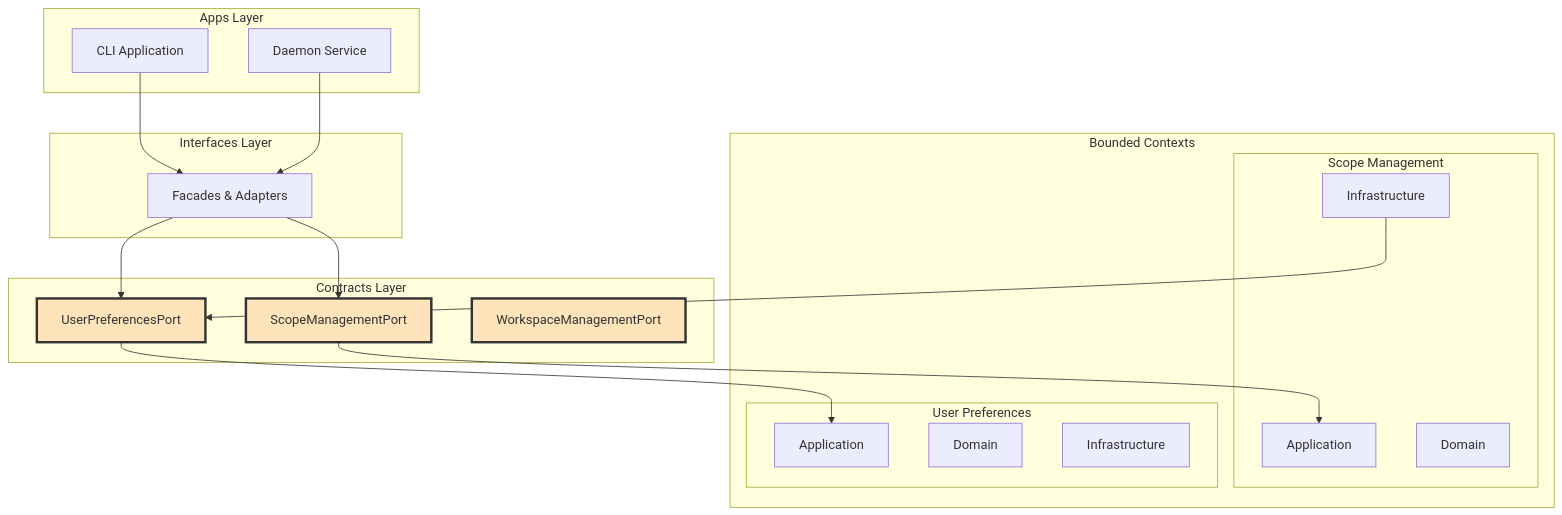
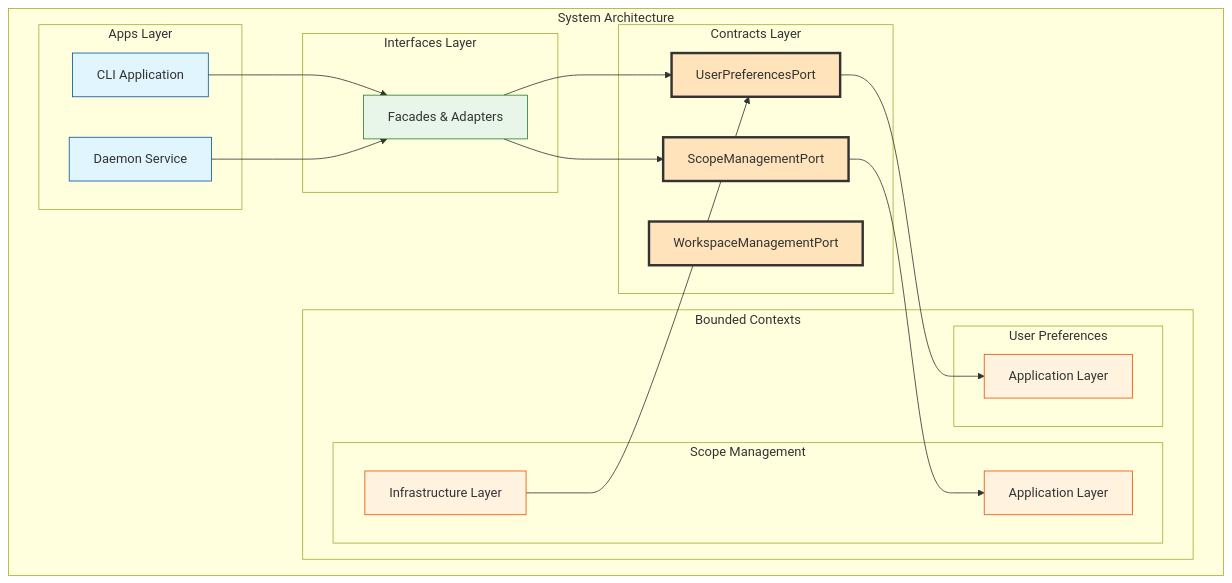
One commit to kamiazya/scopes changed the second of 10 diagrams in docs/explanation/contracts.md. Above: the diagram before and after it, drawn with Mermaid. The commit also changed other lines of this file and 2 other files, not shown here.

````diff
--- a/docs/explanation/contracts.md
+++ b/docs/explanation/contracts.md
@@ -19,45 +49,51 @@
 ```mermaid
 graph TB
-    subgraph "Apps Layer"
-        CLI[CLI Application]
-        DAEMON[Daemon Service]
-    end
-    
-    subgraph "Interfaces Layer"
-        FACADE[Facades & Adapters]
-    end
-    
-    subgraph "Contracts Layer"
-        SMP[ScopeManagementPort]
-        UPP[UserPreferencesPort]
-        WMP[WorkspaceManagementPort]
-    end
-    
-    subgraph "Bounded Contexts"
-        subgraph "Scope Management"
-            SM_APP[Application]
-            SM_DOM[Domain]
-            SM_INFRA[Infrastructure]
+    subgraph "System Architecture"
+        subgraph "Apps Layer"
+            CLI[CLI Application]
+            DAEMON[Daemon Service]
         end
-        
-        subgraph "User Preferences"
-            UP_APP[Application]
-            UP_DOM[Domain]
-            UP_INFRA[Infrastructure]
+
+        subgraph "Interfaces Layer"
+            FACADE[Facades & Adapters]
+        end
+
+        subgraph "Contracts Layer"
+            SMP[ScopeManagementPort]
+            UPP[UserPreferencesPort]
+            WMP[WorkspaceManagementPort]
+        end
+
+        subgraph "Bounded Contexts"
+            subgraph "Scope Management"
+                SM_APP[Application Layer]
+                SM_INFRA[Infrastructure Layer]
+            end
+
+            subgraph "User Preferences"
+                UP_APP[Application Layer]
+            end
         end
     end
-    
+
     CLI --> FACADE
     DAEMON --> FACADE
-    
+
     FACADE --> SMP
     FACADE --> UPP
-    
+
     SMP --> SM_APP
     UPP --> UP_APP
-    
+
     SM_INFRA --> UPP
-    
+
     classDef contracts fill:#ffe3ba,stroke:#333,stroke-width:3px
+    classDef app fill:#e1f5fe,stroke:#01579b
+    classDef interface fill:#e8f5e9,stroke:#2e7d32
+    classDef context fill:#fff3e0,stroke:#e65100
+
     class SMP,UPP,WMP contracts
+    class CLI,DAEMON app
+    class FACADE interface
+    class SM_APP,SM_INFRA,UP_APP context
 ```
````
